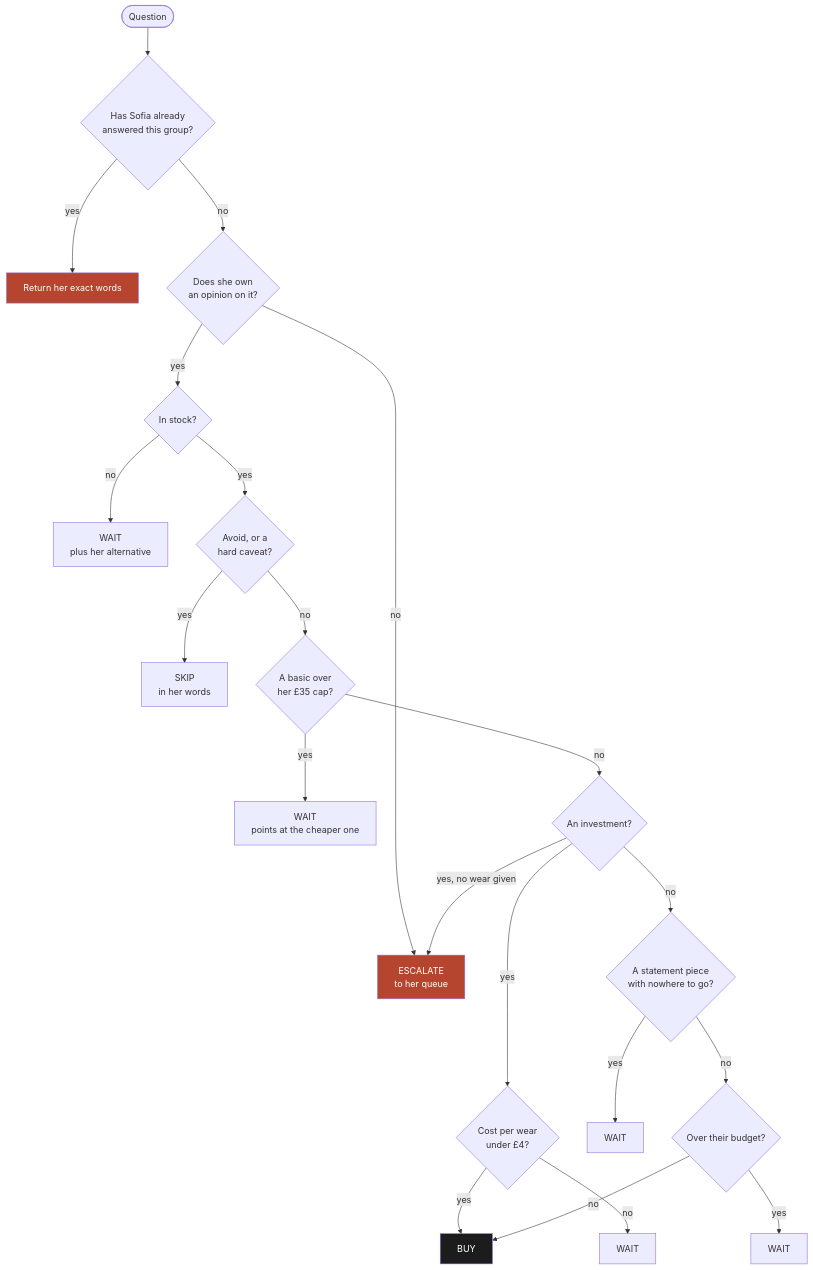
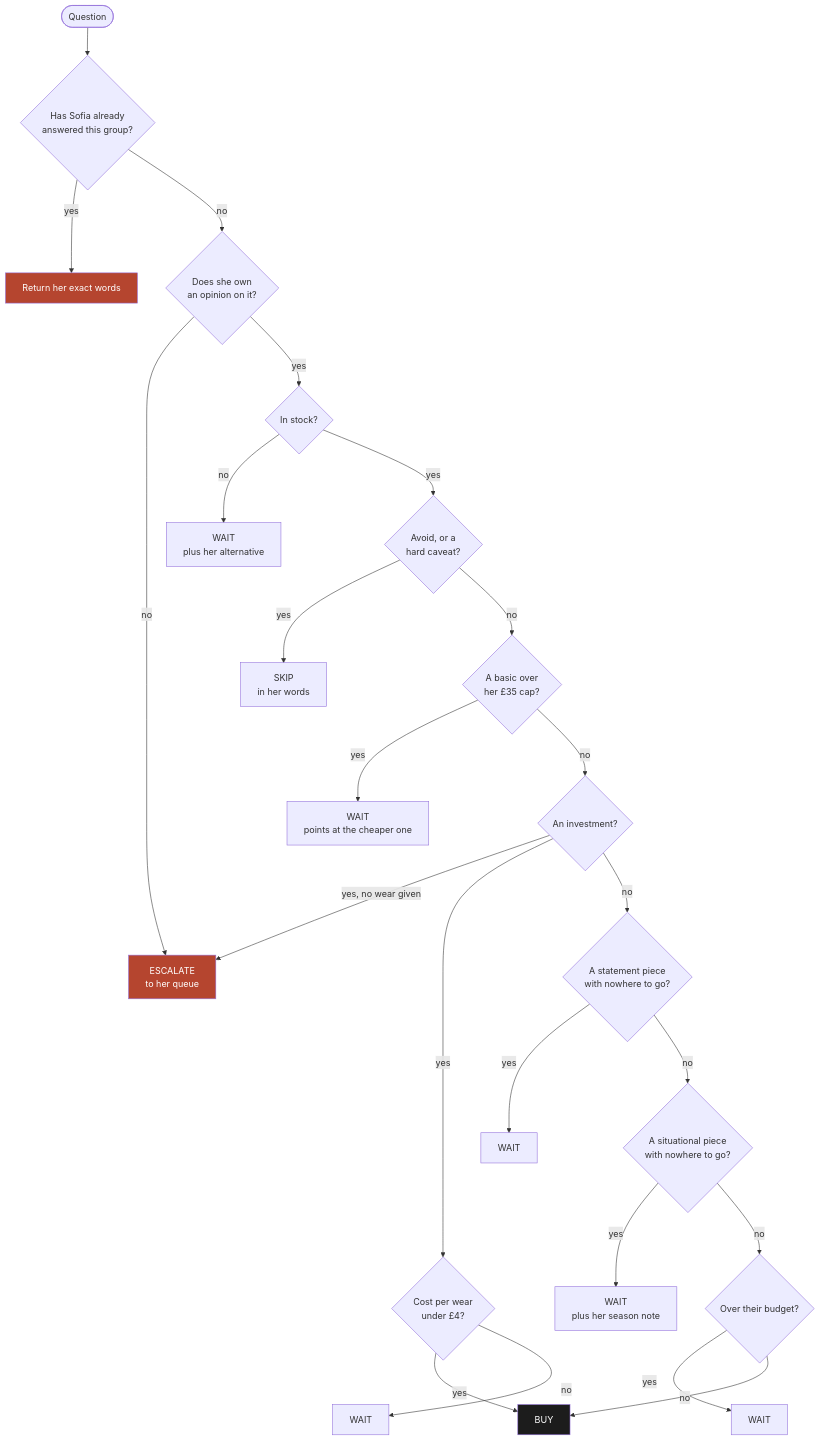
The second of 3 diagrams in README.md (s1ddh-rth/ask-sofia), drawn with Mermaid before and after one commit. The commit also changed other lines of this file, not shown here.

Commit message:
README catches up with the login, the situational rule and the eval count

````diff
--- a/README.md
+++ b/README.md
@@ -97,27 +101,29 @@
 ```mermaid
 flowchart TD
     start([Question]) --> o{"Has Sofia already<br/>answered this group?"}
     o -->|yes| her["Return her exact words"]
     o -->|no| known{"Does she own<br/>an opinion on it?"}
     known -->|no| esc["ESCALATE<br/>to her queue"]
     known -->|yes| stock{"In stock?"}
     stock -->|no| wait1["WAIT<br/>plus her alternative"]
     stock -->|yes| avoid{"Avoid, or a<br/>hard caveat?"}
     avoid -->|yes| skip["SKIP<br/>in her words"]
     avoid -->|no| basic{"A basic over<br/>her £35 cap?"}
     basic -->|yes| cheaper["WAIT<br/>points at the cheaper one"]
     basic -->|no| inv{"An investment?"}
     inv -->|"yes, no wear given"| esc
     inv -->|yes| cpw{"Cost per wear<br/>under £4?"}
     cpw -->|yes| buy["BUY"]
     cpw -->|no| wait2["WAIT"]
     inv -->|no| stmt{"A statement piece<br/>with nowhere to go?"}
     stmt -->|yes| wait3["WAIT"]
-    stmt -->|no| budget{"Over their budget?"}
+    stmt -->|no| situ{"A situational piece<br/>with nowhere to go?"}
+    situ -->|yes| wait5["WAIT<br/>plus her season note"]
+    situ -->|no| budget{"Over their budget?"}
     budget -->|yes| wait4["WAIT"]
     budget -->|no| buy
 
     style her fill:#B5452F,color:#fff
     style esc fill:#B5452F,color:#fff
     style buy fill:#1C1C1C,color:#fff
 ```
````
